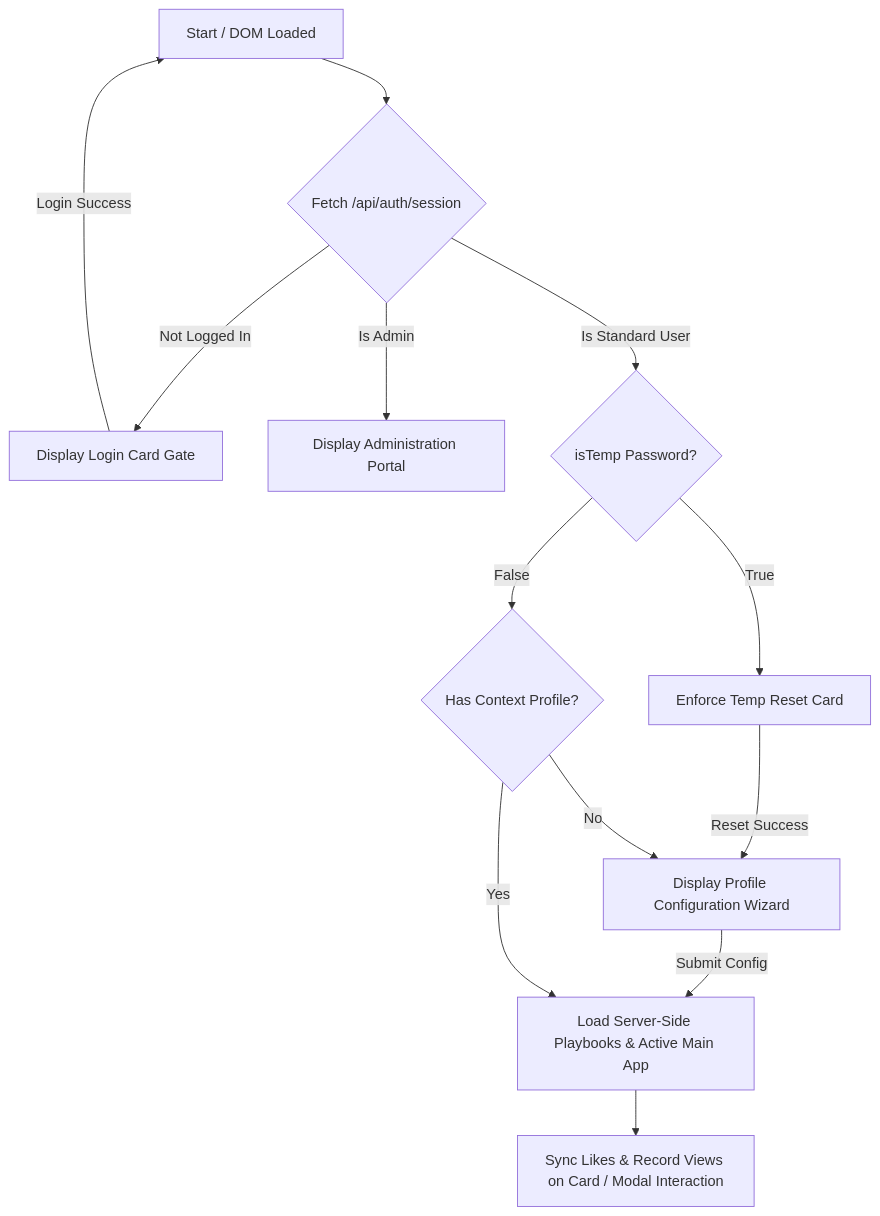
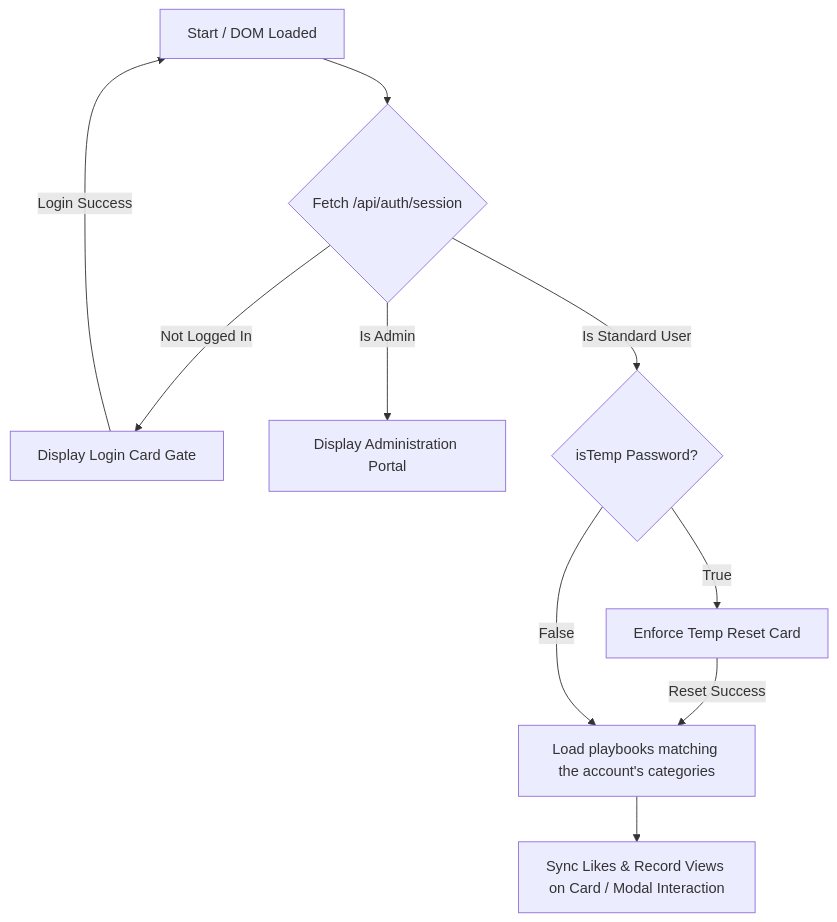
The diagram in AGENT.md (MrRoyRoy/ge_learning_portal_edu), drawn with Mermaid before and after one commit. The commit also changed other lines of this file and 8 other files, not shown here.

Commit message:
Categories on accounts and playbooks, idea providers, feedback-to-playbook conversion, creator dashboard

````diff
--- a/AGENT.md
+++ b/AGENT.md
@@ -95,15 +95,12 @@
 ```mermaid
 graph TD
   A[Start / DOM Loaded] --> B{Fetch /api/auth/session}
   B -->|Not Logged In| C[Display Login Card Gate]
   C -->|Login Success| A
   B -->|Is Admin| D[Display Administration Portal]
   B -->|Is Standard User| E{isTemp Password?}
   E -->|True| F[Enforce Temp Reset Card]
-  F -->|Reset Success| G[Display Profile Configuration Wizard]
-  E -->|False| H{Has Context Profile?}
-  H -->|No| G
-  G -->|Submit Config| I[Load Server-Side Playbooks & Active Main App]
-  H -->|Yes| I
+  F -->|Reset Success| I[Load playbooks matching the account's categories]
+  E -->|False| I
   I --> J[Sync Likes & Record Views on Card / Modal Interaction]
 ```
````
